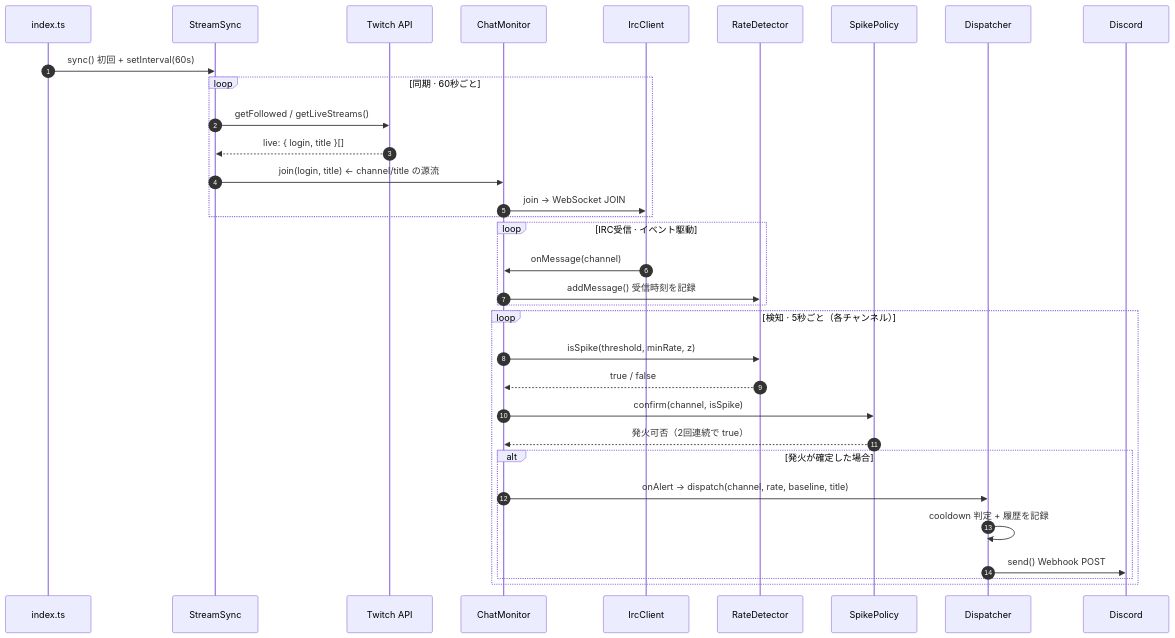
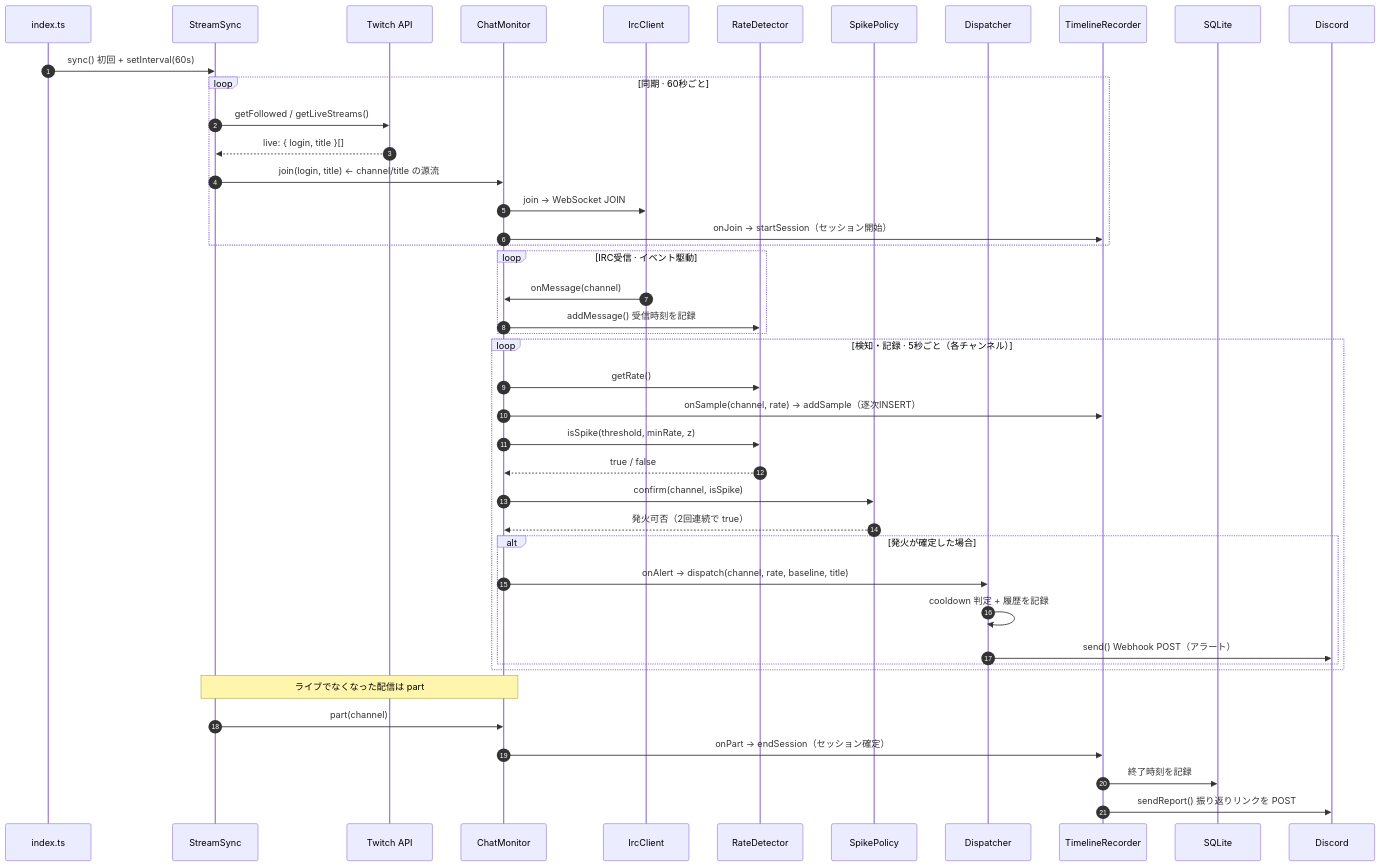
The second of 2 diagrams in docs/architecture.md (endomasayaendo/chatgust), drawn with Mermaid before and after one commit. The commit also changed other lines of this file and 27 other files, not shown here.

````diff
--- a/docs/architecture.md
+++ b/docs/architecture.md
@@ -39,39 +50,50 @@
 ```mermaid
 sequenceDiagram
     autonumber
     participant IDX as index.ts
     participant SS as StreamSync
     participant API as Twitch API
     participant CM as ChatMonitor
     participant IRC as IrcClient
     participant RD as RateDetector
     participant SP as SpikePolicy
     participant AD as Dispatcher
+    participant TR as TimelineRecorder
+    participant DB as SQLite
     participant DC as Discord
 
     IDX->>SS: sync() 初回 + setInterval(60s)
 
     loop 同期 · 60秒ごと
         SS->>API: getFollowed / getLiveStreams()
         API-->>SS: live: { login, title }[]
         SS->>CM: join(login, title)  ← channel/title の源流
         CM->>IRC: join → WebSocket JOIN
+        CM->>TR: onJoin → startSession（セッション開始）
     end
 
     loop IRC受信 · イベント駆動
         IRC->>CM: onMessage(channel)
         CM->>RD: addMessage() 受信時刻を記録
     end
 
-    loop 検知 · 5秒ごと（各チャンネル）
+    loop 検知・記録 · 5秒ごと（各チャンネル）
+        CM->>RD: getRate()
+        CM->>TR: onSample(channel, rate) → addSample（逐次INSERT）
         CM->>RD: isSpike(threshold, minRate, z)
         RD-->>CM: true / false
         CM->>SP: confirm(channel, isSpike)
         SP-->>CM: 発火可否（2回連続で true）
         alt 発火が確定した場合
             CM->>AD: onAlert → dispatch(channel, rate, baseline, title)
             AD->>AD: cooldown 判定 + 履歴を記録
-            AD->>DC: send() Webhook POST
+            AD->>DC: send() Webhook POST（アラート）
         end
     end
+
+    Note over SS,CM: ライブでなくなった配信は part
+    SS->>CM: part(channel)
+    CM->>TR: onPart → endSession（セッション確定）
+    TR->>DB: 終了時刻を記録
+    TR->>DC: sendReport() 振り返りリンクを POST
 ```
````
